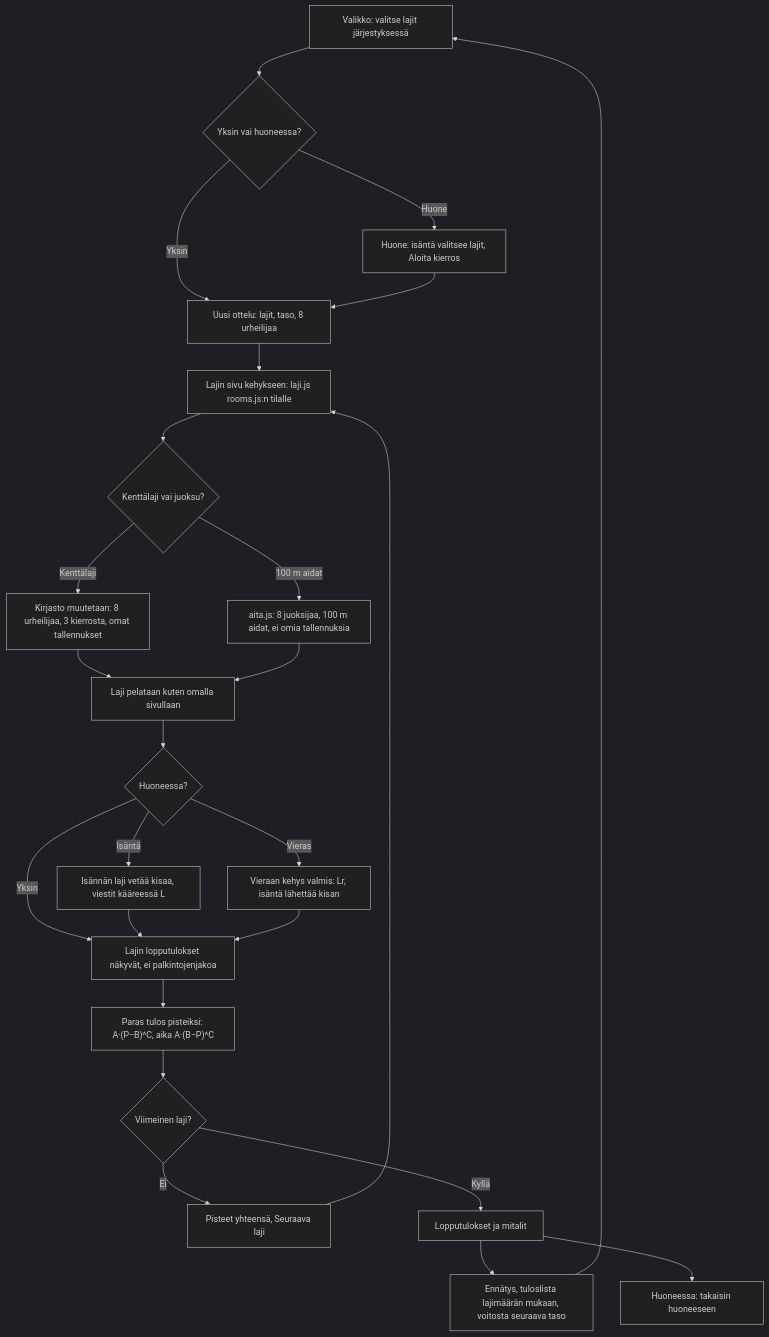
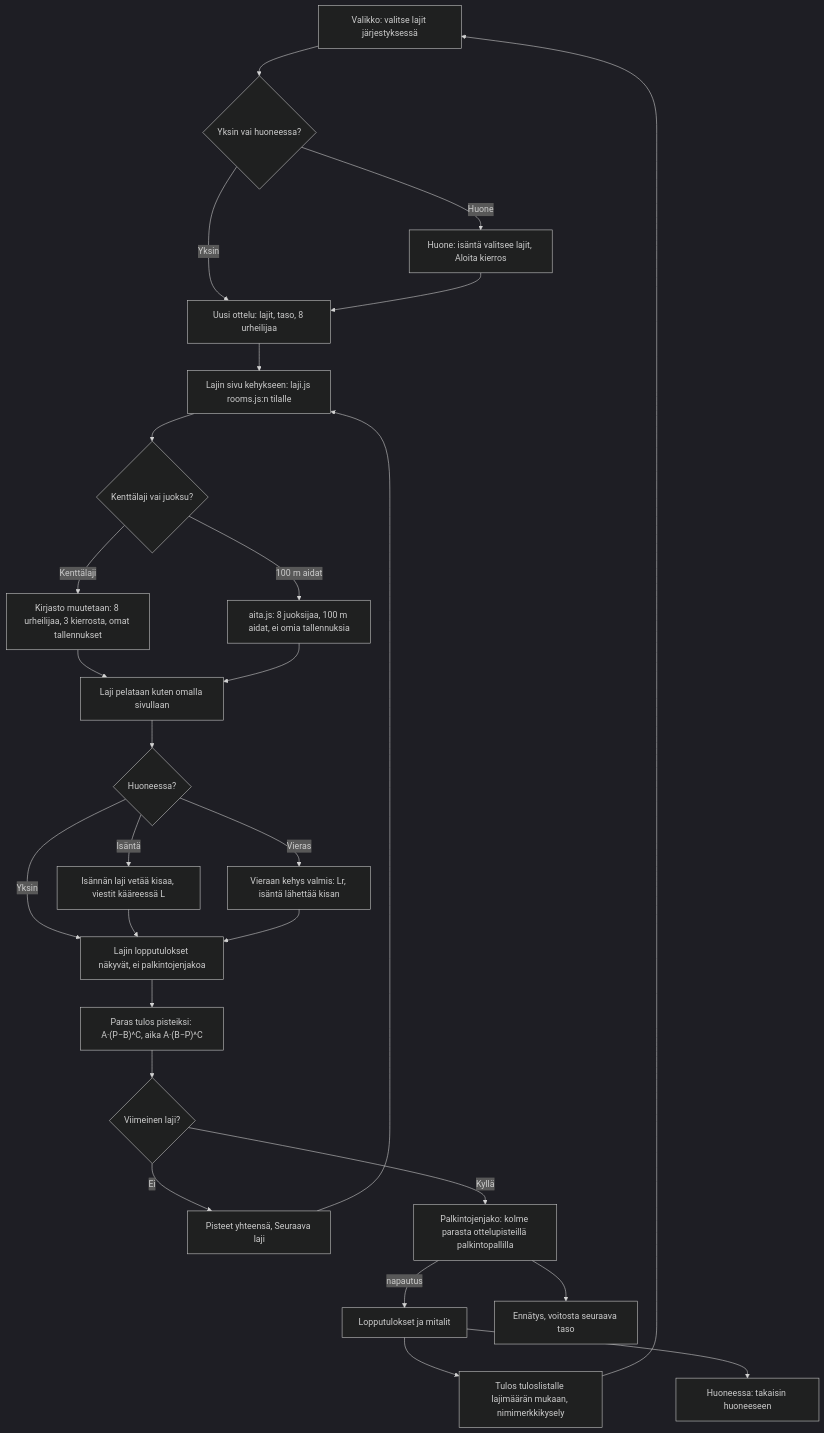
The diagram in docs/diagrams/ottelu.md (eerovil/ai-pelit), drawn with Mermaid (dark theme) before and after one commit. The commit also changed other lines of this file and 5 other files, not shown here.

````diff
--- a/docs/diagrams/ottelu.md
+++ b/docs/diagrams/ottelu.md
@@ -9,32 +9,34 @@
 ```mermaid
 flowchart TD
   MENU[Valikko: valitse lajit järjestyksessä] --> Q{Yksin vai huoneessa?}
   Q -- Yksin --> NEW[Uusi ottelu: lajit, taso, 8 urheilijaa]
   Q -- Huone --> ROOM[Huone: isäntä valitsee lajit, Aloita kierros]
   ROOM --> NEW
   NEW --> LOAD[Lajin sivu kehykseen: laji.js rooms.js:n tilalle]
   LOAD --> KIND{Kenttälaji vai juoksu?}
   KIND -- Kenttälaji --> PATCH[Kirjasto muutetaan: 8 urheilijaa, 3 kierrosta, omat tallennukset]
   KIND -- 100 m aidat --> AITA[aita.js: 8 juoksijaa, 100 m aidat, ei omia tallennuksia]
   PATCH --> PLAY[Laji pelataan kuten omalla sivullaan]
   AITA --> PLAY
   PLAY --> NET{Huoneessa?}
   NET -- Isäntä --> HOST[Isännän laji vetää kisaa, viestit kääreessä L]
   NET -- Vieras --> GUEST[Vieraan kehys valmis: Lr, isäntä lähettää kisan]
   NET -- Yksin --> RES
   HOST --> RES[Lajin lopputulokset näkyvät, ei palkintojenjakoa]
   GUEST --> RES
   RES --> PTS["Paras tulos pisteiksi: A·(P−B)^C, aika A·(B−P)^C"]
   PTS --> LAST{Viimeinen laji?}
   LAST -- Ei --> BOARD[Pisteet yhteensä, Seuraava laji]
   BOARD --> LOAD
-  LAST -- Kyllä --> END[Lopputulokset ja mitalit]
-  END --> SAVE[Ennätys, tuloslista lajimäärän mukaan, voitosta seuraava taso]
-  SAVE --> MENU
+  LAST -- Kyllä --> PODIUM[Palkintojenjako: kolme parasta ottelupisteillä palkintopallilla]
+  PODIUM -->|napautus| END[Lopputulokset ja mitalit]
+  PODIUM --> SAVE[Ennätys, voitosta seuraava taso]
+  END --> LIST[Tulos tuloslistalle lajimäärän mukaan, nimimerkkikysely]
+  LIST --> MENU
   END --> BACK[Huoneessa: takaisin huoneeseen]
   class MENU,ROOM,BOARD,PLAY blue
   class HOST,GUEST violet
   class Q,NET,LAST,KIND amber
   class NEW,LOAD,PATCH,AITA,PTS teal
-  class RES,END,SAVE,BACK green
+  class RES,END,SAVE,BACK,PODIUM,LIST green
 ```
````
